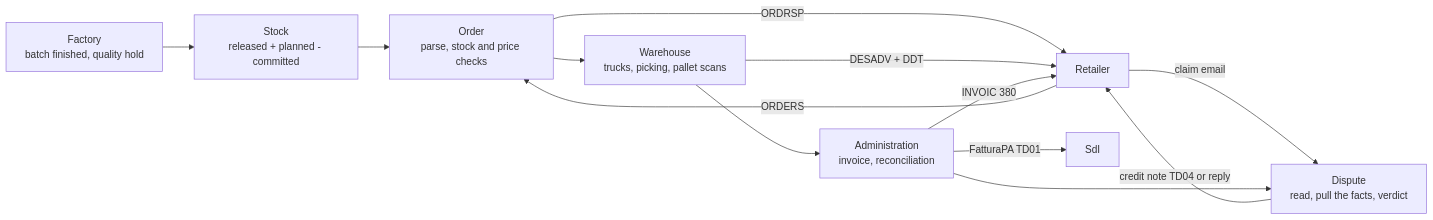
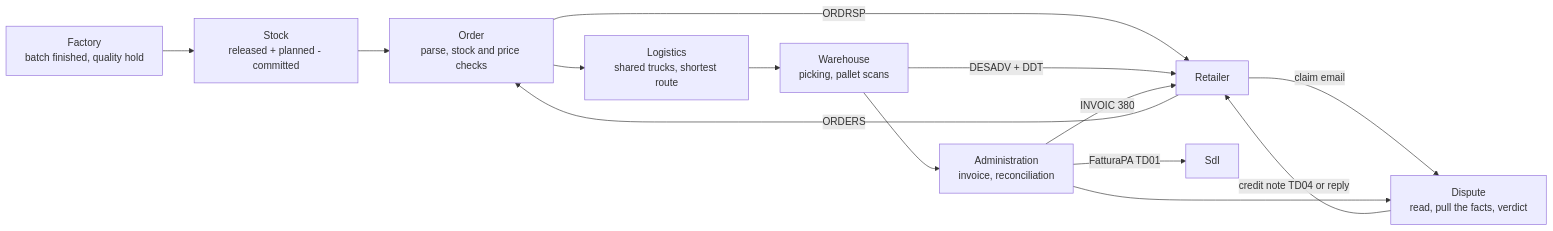
Before and after one commit to flavio-bernoni07/B.R.C-x-Grok: the diagram in README.md, drawn with Mermaid. The commit also changed other lines of this file and 3 other files, not shown here.

````diff
--- a/README.md
+++ b/README.md
@@ -41,15 +51,16 @@
 ```mermaid
 flowchart LR
   F["Factory<br/>batch finished, quality hold"] --> S["Stock<br/>released + planned - committed"]
   R["Retailer"] -->|ORDERS| O["Order<br/>parse, stock and price checks"]
   S --> O
   O -->|ORDRSP| R
-  O --> W["Warehouse<br/>trucks, picking, pallet scans"]
+  O --> L["Logistics<br/>shared trucks, shortest route"]
+  L --> W["Warehouse<br/>picking, pallet scans"]
   W -->|DESADV + DDT| R
   W --> A["Administration<br/>invoice, reconciliation"]
   A -->|FatturaPA TD01| SDI["SdI"]
   A -->|INVOIC 380| R
   R -->|claim email| D["Dispute<br/>read, pull the facts, verdict"]
   A --> D
   D -->|credit note TD04 or reply| R
 ```
````
